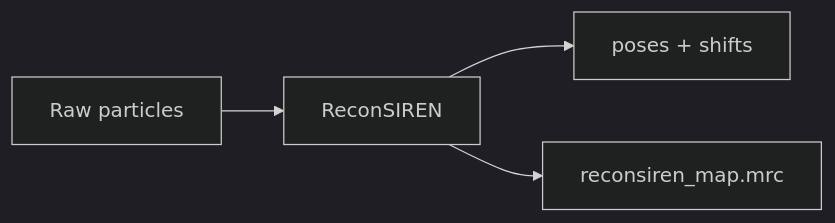
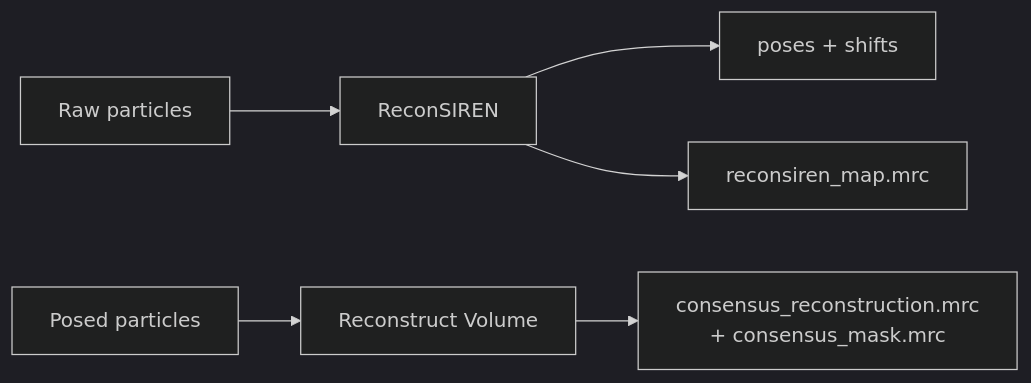
Before and after one commit to DavidHerreros/hax-em-docs: the third of 7 diagrams in docs/workflows/pipelines.md, drawn with Mermaid (dark theme). The commit also changed other lines of this file and 5 other files, not shown here.

````diff
--- a/docs/workflows/pipelines.md
+++ b/docs/workflows/pipelines.md
@@ -94,6 +100,8 @@
 ```mermaid
 flowchart LR
     A[Raw particles] --> B[ReconSIREN]
     B --> C[poses + shifts]
     B --> D[reconsiren_map.mrc]
+    E[Posed particles] --> F[Reconstruct Volume]
+    F --> G[consensus_reconstruction.mrc<br/>+ consensus_mask.mrc]
 ```
````
